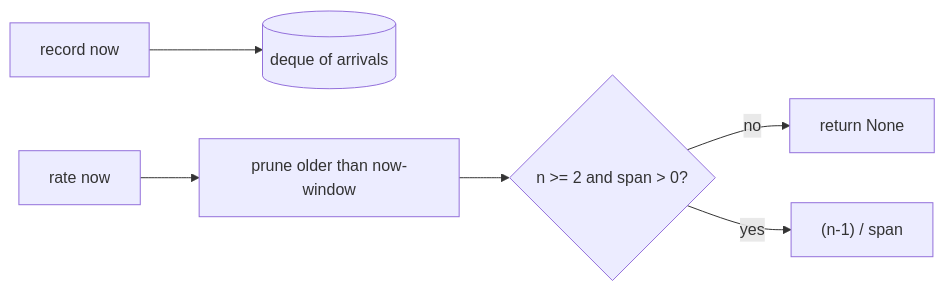
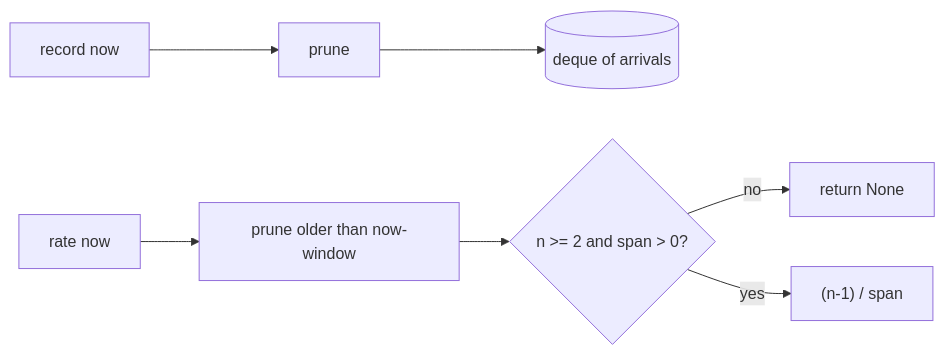
Before and after one commit to Boston-Robot-Hackers/metawtf: the diagram in 01-literate/06-rate_counter.md, drawn with Mermaid. The commit also changed other lines of this file and 332 other files, not shown here.

````diff
--- a/01-literate/06-rate_counter.md
+++ b/01-literate/06-rate_counter.md
@@ -68,8 +76,8 @@
 ```mermaid
 flowchart LR
-    R[record now] --> D[(deque of arrivals)]
+    R[record now] --> P1[prune] --> D[(deque of arrivals)]
     Q[rate now] --> PR[prune older than now-window]
     PR --> N{n >= 2 and span > 0?}
     N -->|no| None1[return None]
     N -->|yes| C["(n-1) / span"]
 ```
````
